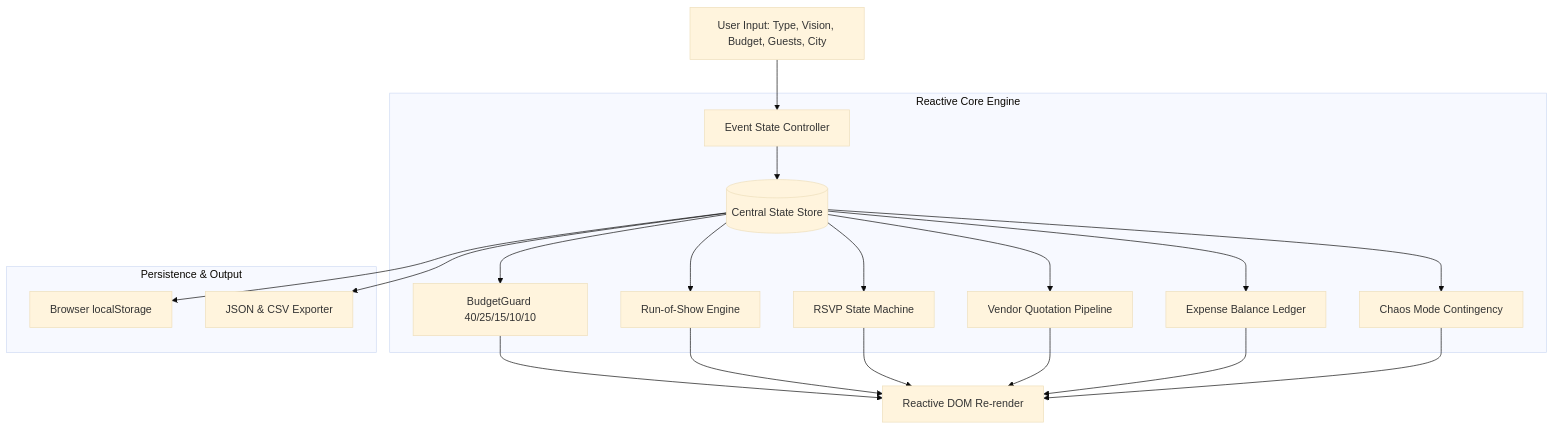
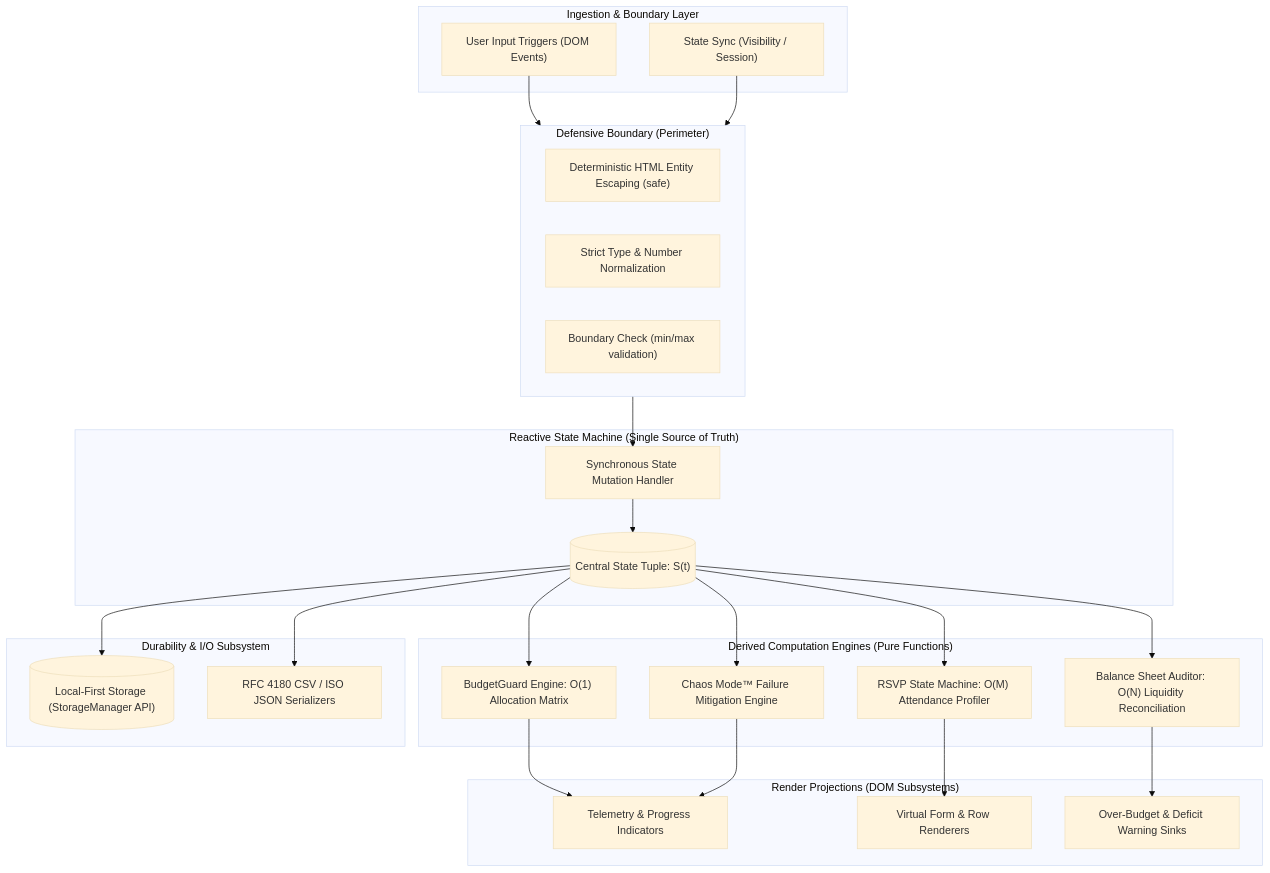
Before and after one commit to Anu5156/EventVerse_AI_V4: the diagram in README.md, drawn with Mermaid (base theme). The commit also changed other lines of this file, not shown here.

````diff
--- a/README.md
+++ b/README.md
@@ -193,26 +23,48 @@
 ```mermaid
-graph TD
-    UI[User Input: Type, Vision, Budget, Guests, City] --> Controller[Event State Controller]
-    
-    subgraph Reactive Core Engine
-        Controller --> State[(Central State Store)]
-        State --> Allocator[BudgetGuard 40/25/15/10/10]
-        State --> Tasks[Run-of-Show Engine]
-        State --> Guests[RSVP State Machine]
-        State --> Vendors[Vendor Quotation Pipeline]
-        State --> Expenses[Expense Balance Ledger]
-        State --> Chaos[Chaos Mode Contingency]
+flowchart TB
+    subgraph Ingestion ["Ingestion & Boundary Layer"]
+        CLI["User Input Triggers (DOM Events)"]
+        Sensors["State Sync (Visibility / Session)"]
     end
 
-    subgraph Persistence & Output
-        State --> LocalStorage[Browser localStorage]
-        State --> Exporter[JSON & CSV Exporter]
+    subgraph Defense ["Defensive Boundary (Perimeter)"]
+        Sanitize["Deterministic HTML Entity Escaping (safe)"]
+        TypeCoerce["Strict Type & Number Normalization"]
+        Bounds["Boundary Check (min/max validation)"]
     end
 
-    Allocator --> DOM[Reactive DOM Re-render]
-    Tasks --> DOM
-    Guests --> DOM
-    Vendors --> DOM
-    Expenses --> DOM
-    Chaos --> DOM
+    subgraph Core ["Reactive State Machine (Single Source of Truth)"]
+        State[("Central State Tuple: S(t)")]
+        Reducer["Synchronous State Mutation Handler"]
+    end
+
+    subgraph Computation ["Derived Computation Engines (Pure Functions)"]
+        BudgetEngine["BudgetGuard Engine: O(1) Allocation Matrix"]
+        LedgerAudit["Balance Sheet Auditor: O(N) Liquidity Reconciliation"]
+        RSVPAggregator["RSVP State Machine: O(M) Attendance Profiler"]
+        ChaosMatrix["Chaos Mode™ Failure Mitigation Engine"]
+    end
+
+    subgraph Projections ["Render Projections (DOM Subsystems)"]
+        MetricViews["Telemetry & Progress Indicators"]
+        TableView["Virtual Form & Row Renderers"]
+        AlertSink["Over-Budget & Deficit Warning Sinks"]
+    end
+
+    subgraph Persistence ["Durability & I/O Subsystem"]
+        LocalStore[("Local-First Storage (StorageManager API)")]
+        Serializer["RFC 4180 CSV / ISO JSON Serializers"]
+    end
+
+    CLI --> Defense
+    Sensors --> Defense
+    Defense --> Reducer --> State
+
+    State --> BudgetEngine --> MetricViews
+    State --> LedgerAudit --> AlertSink
+    State --> RSVPAggregator --> TableView
+    State --> ChaosMatrix --> MetricViews
+
+    State --> LocalStore
+    State --> Serializer
 ```
````
